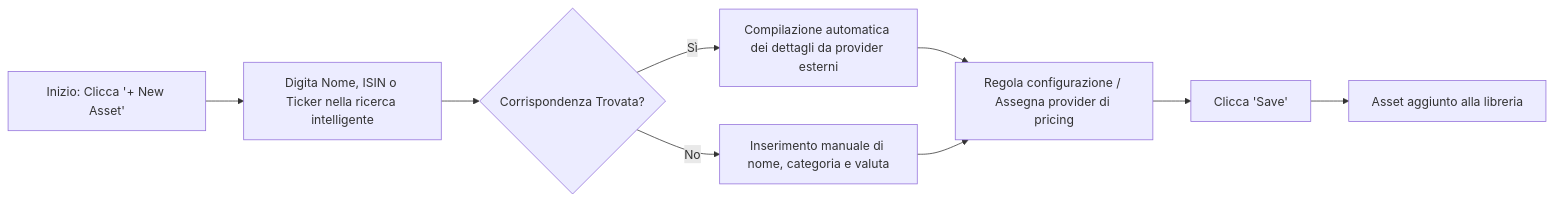
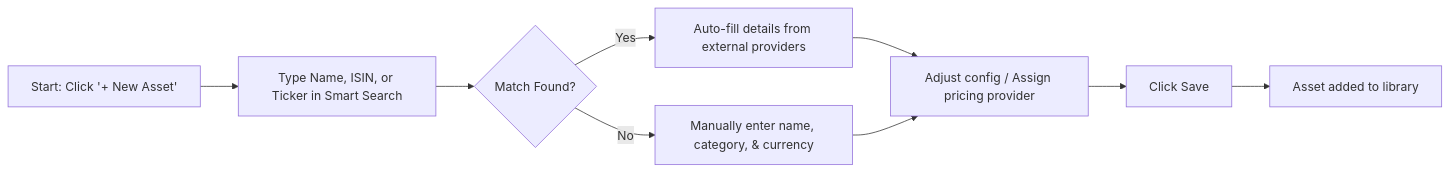
The first of 2 diagrams in mkdocs_src/docs/user/assets/create-edit.it.md (Librefolio/LibreFolio), drawn with Mermaid before and after one commit. The commit also changed other lines of this file and 73 other files, not shown here.

````diff
--- a/mkdocs_src/docs/user/assets/create-edit.it.md
+++ b/mkdocs_src/docs/user/assets/create-edit.it.md
@@ -14,11 +14,11 @@
-    ```mermaid
-    flowchart LR
-        A[Inizio: Clicca '+ New Asset'] --> B[Digita Nome, ISIN o Ticker nella ricerca intelligente]
-        B --> C{Corrispondenza Trovata?}
-        C -->|Sì| D[Compilazione automatica dei dettagli da provider esterni]
-        C -->|No| E[Inserimento manuale di nome, categoria e valuta]
-        D --> F[Regola configurazione / Assegna provider di pricing]
-        E --> F
-        F --> G[Clicca 'Save']
-        G --> H[Asset aggiunto alla libreria]
-    ```
+ ```mermaid
+ flowchart LR
+ A[Start: Click '+ New Asset'] --> B[Type Name, ISIN, or Ticker in Smart Search]
+ B --> C{Match Found?}
+ C -->|Yes| D[Auto-fill details from external providers]
+ C -->|No| E[Manually enter name, category, & currency]
+ D --> F[Adjust config / Assign pricing provider]
+ E --> F
+ F --> G[Click Save]
+ G --> H[Asset added to library]
+ ```
````
